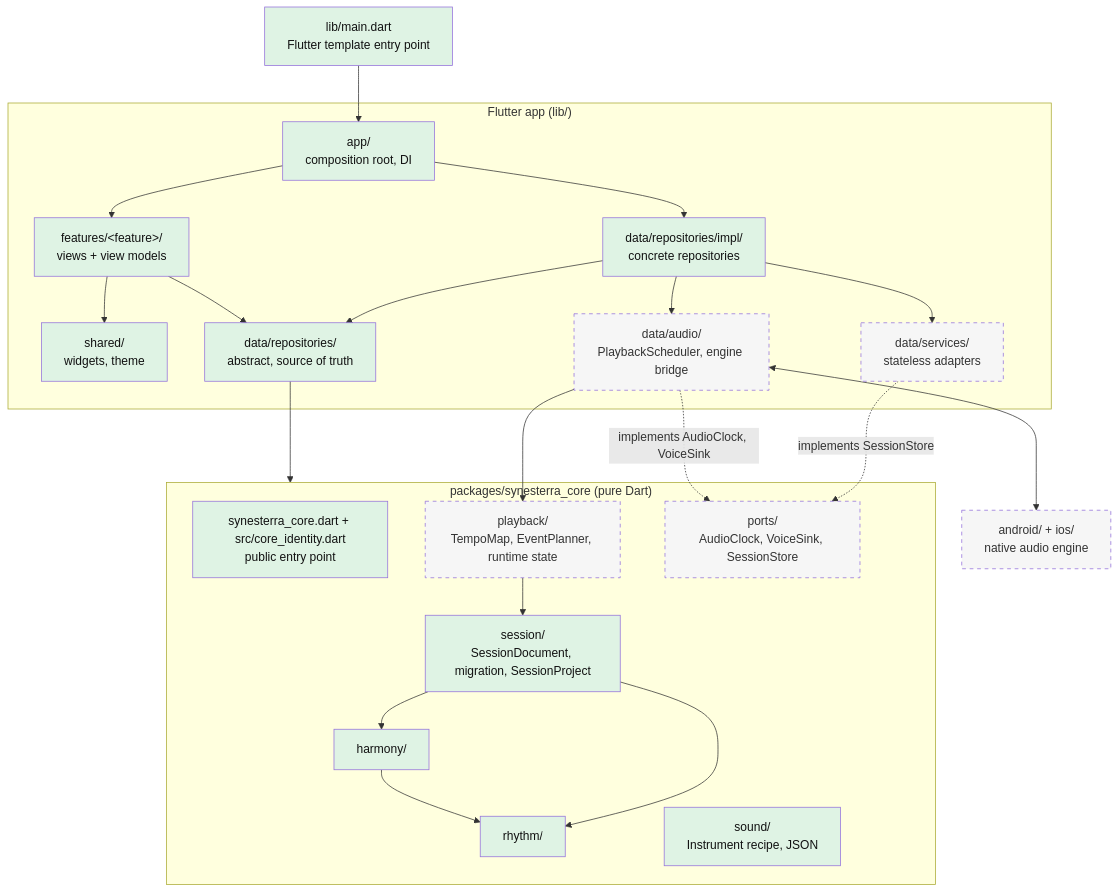
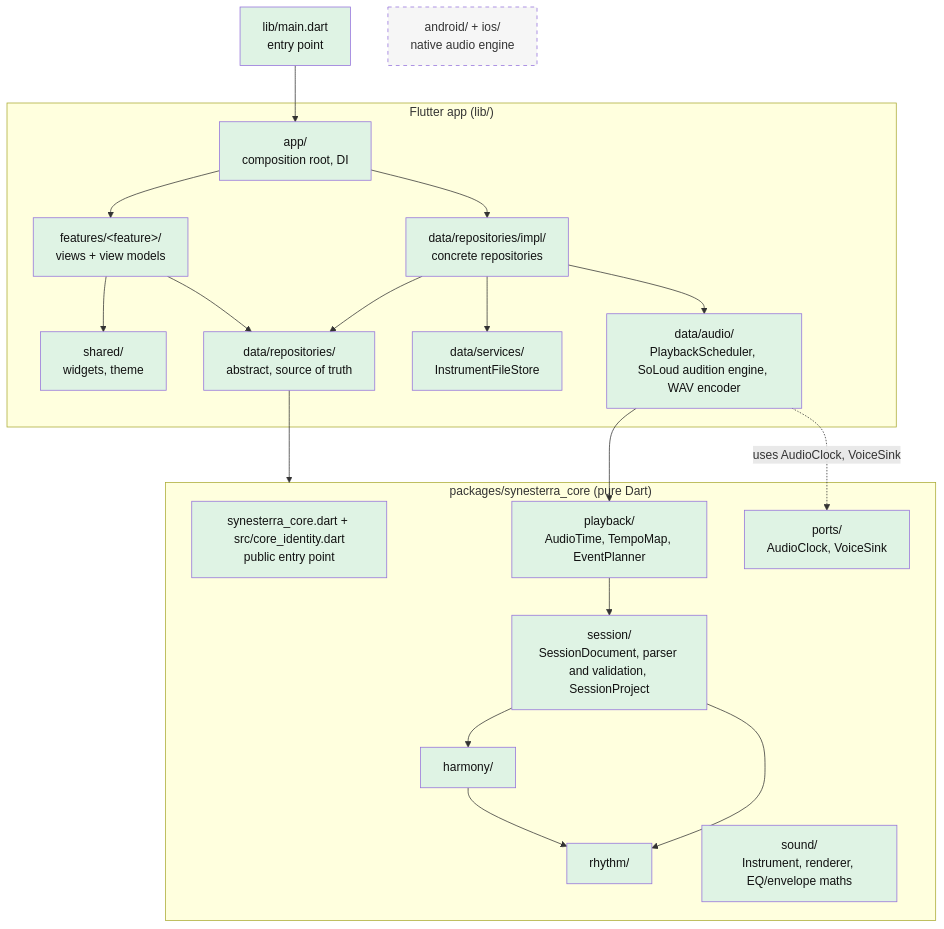
One commit to KornelSzyszka/synesterra-mobile changed the diagram in docs/architecture.md. Above: the diagram before and after it, drawn with Mermaid. The commit also changed other lines of this file and 2 other files, not shown here.

Commit message:
AGT-074: refresh architecture documentation (#75)
* AGT-074: refresh architecture documentation

* AGT-074: Describe the merged EventPlanner and SessionProject

---------

````diff
--- a/docs/architecture.md
+++ b/docs/architecture.md
@@ -5,48 +5,46 @@
 ```mermaid
 flowchart TD
-    main["lib/main.dart<br/>Flutter template entry point"]
+    main["lib/main.dart<br/>entry point"]
     subgraph app["Flutter app (lib/)"]
         root["app/<br/>composition root, DI"]
         features["features/&lt;feature&gt;/<br/>views + view models"]
         shared["shared/<br/>widgets, theme"]
         repos["data/repositories/<br/>abstract, source of truth"]
         impl["data/repositories/impl/<br/>concrete repositories"]
-        services["data/services/<br/>stateless adapters"]
-        audio["data/audio/<br/>PlaybackScheduler, engine bridge"]
+        services["data/services/<br/>InstrumentFileStore"]
+        audio["data/audio/<br/>PlaybackScheduler, SoLoud audition engine, WAV encoder"]
     end
     subgraph core["packages/synesterra_core (pure Dart)"]
         corePublic["synesterra_core.dart + src/core_identity.dart<br/>public entry point"]
-        session["session/<br/>SessionDocument, migration, SessionProject"]
+        session["session/<br/>SessionDocument, parser and validation, SessionProject"]
         rhythm["rhythm/"]
-        sound["sound/<br/>Instrument recipe, JSON"]
+        sound["sound/<br/>Instrument, renderer, EQ/envelope maths"]
         harmony["harmony/"]
-        playback["playback/<br/>TempoMap, EventPlanner, runtime state"]
-        ports["ports/<br/>AudioClock, VoiceSink, SessionStore"]
+        playback["playback/<br/>AudioTime, TempoMap, EventPlanner"]
+        ports["ports/<br/>AudioClock, VoiceSink"]
     end
     native["android/ + ios/<br/>native audio engine"]
 
     main --> root
     root --> features
     root --> impl
     features --> shared
     features --> repos
     impl --> repos
     impl --> services
     impl --> audio
     repos --> core
     audio --> playback
-    audio -. "implements AudioClock, VoiceSink" .-> ports
-    services -. "implements SessionStore" .-> ports
-    audio <--> native
+    playback --> session
+    audio -. "uses AudioClock, VoiceSink" .-> ports
     harmony --> rhythm
     session --> rhythm
     session --> harmony
-    playback --> session
 
     classDef planned stroke-dasharray: 5 5,fill:#f6f6f6,color:#333
     classDef exists fill:#dff3e4,color:#111
     class main exists
     class corePublic exists
-    class root,features,shared,repos,impl,session,rhythm,harmony,sound exists
-    class services,audio,playback,ports,native planned
+    class root,features,shared,repos,impl,services,audio,session,rhythm,sound,harmony,playback,ports exists
+    class native planned
 ```
````
